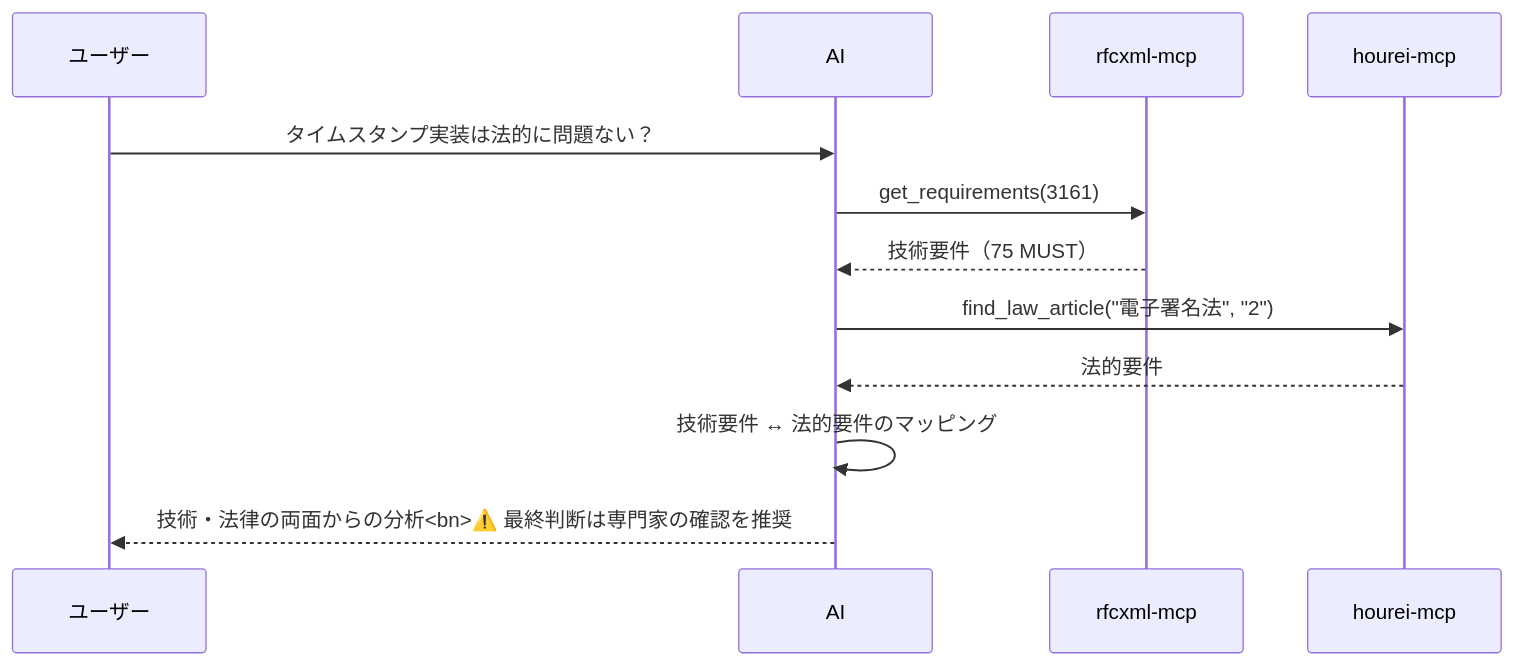
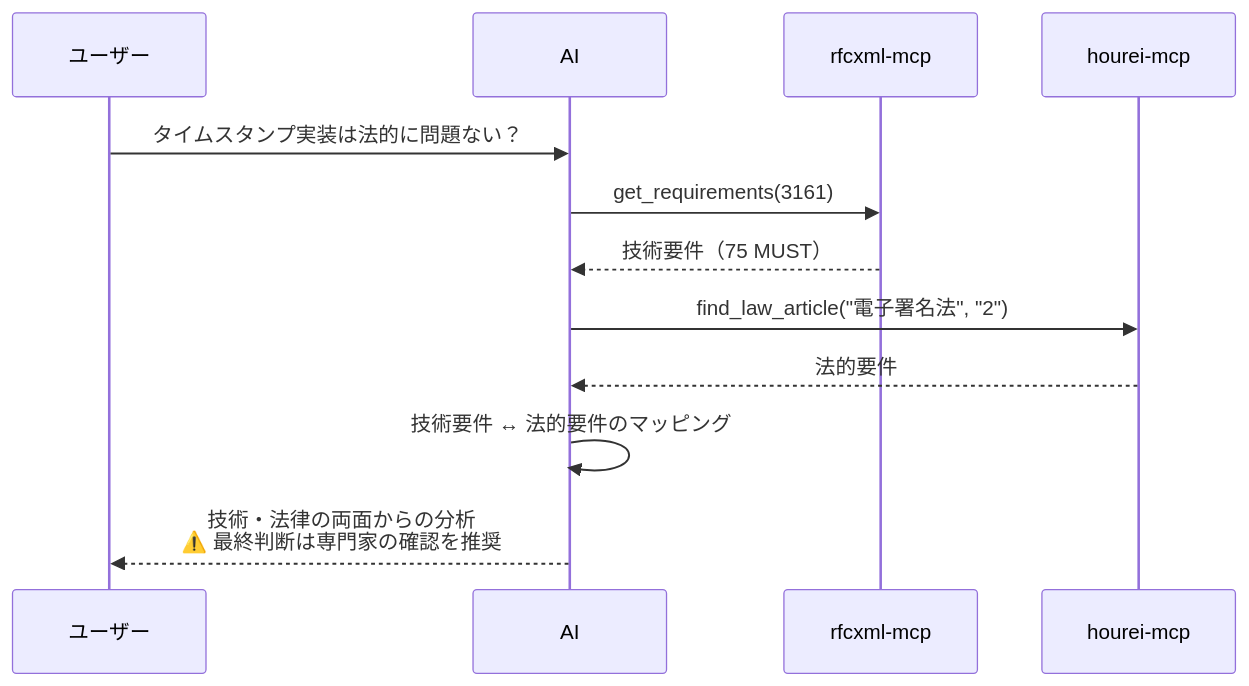
One commit to shuji-bonji/ai-agent-architecture changed the seventh of 10 diagrams in docs/ja/concepts/05-solving-ai-limitations.md. Above: the diagram before and after it, drawn with Mermaid. The commit also changed other lines of this file and 8 other files, not shown here.

````diff
--- a/docs/ja/concepts/05-solving-ai-limitations.md
+++ b/docs/ja/concepts/05-solving-ai-limitations.md
@@ -266,15 +266,15 @@
 ```mermaid
 sequenceDiagram
     participant U as ユーザー
     participant AI as AI
     participant RFC as rfcxml-mcp
     participant LAW as hourei-mcp
 
     U->>AI: タイムスタンプ実装は法的に問題ない？
     AI->>RFC: get_requirements(3161)
     RFC-->>AI: 技術要件（75 MUST）
     AI->>LAW: find_law_article("電子署名法", "2")
     LAW-->>AI: 法的要件
     AI->>AI: 技術要件 ↔ 法的要件のマッピング
-    AI-->>U: 技術・法律の両面からの分析<bn>⚠️ 最終判断は専門家の確認を推奨
+    AI-->>U: 技術・法律の両面からの分析<br>⚠️ 最終判断は専門家の確認を推奨
 ```
````
